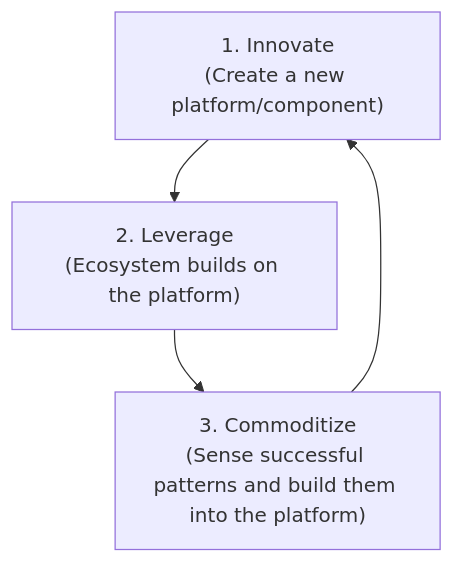
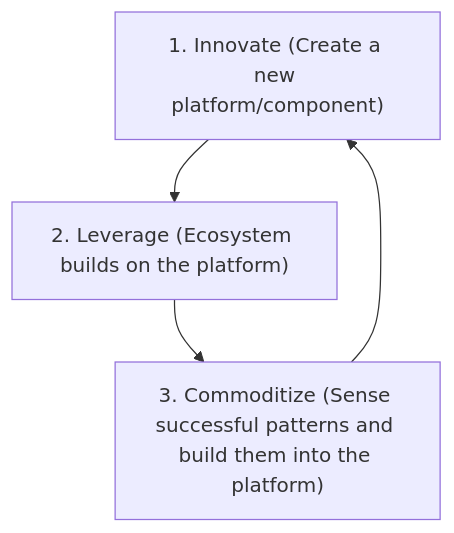
One commit to dave1010/wardley-leadership-strategies changed the diagram in docs/strategies/ecosystem/innovate-leverage-commoditize/index.md. Above: the diagram before and after it, drawn with Mermaid.

Commit message:
ILC diagram fix

````diff
--- a/docs/strategies/ecosystem/innovate-leverage-commoditize/index.md
+++ b/docs/strategies/ecosystem/innovate-leverage-commoditize/index.md
@@ -27,12 +27,12 @@
 ```mermaid
 flowchart TD
-    Innovate["1. Innovate<br/>(Create a new platform/component)"]
-    Leverage["2. Leverage<br/>(Ecosystem builds on the platform)"]
-    Commoditize["3. Commoditize<br/>(Sense successful patterns and build them into the platform)"]
+    Innovate["1. Innovate (Create a new platform/component)"]
+    Leverage["2. Leverage (Ecosystem builds on the platform)"]
+    Commoditize["3. Commoditize (Sense successful patterns and build them into the platform)"]
 
     Innovate --> Leverage
     Leverage --> Commoditize
     Commoditize --> Innovate
 
     class Innovate,Leverage,Commoditize phase
 ```
````
